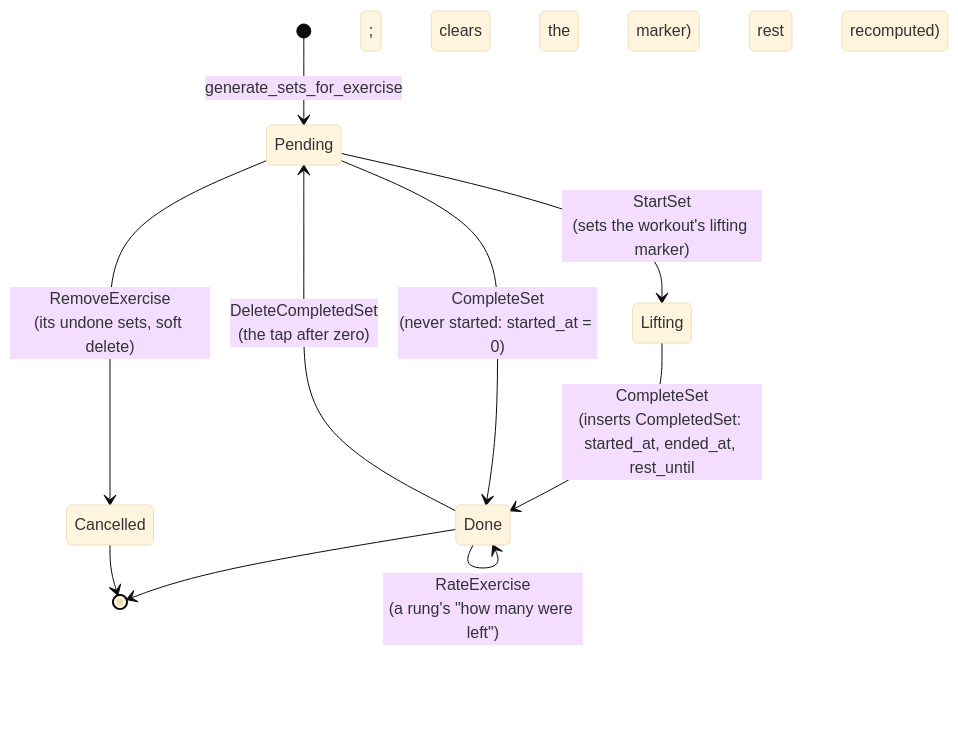
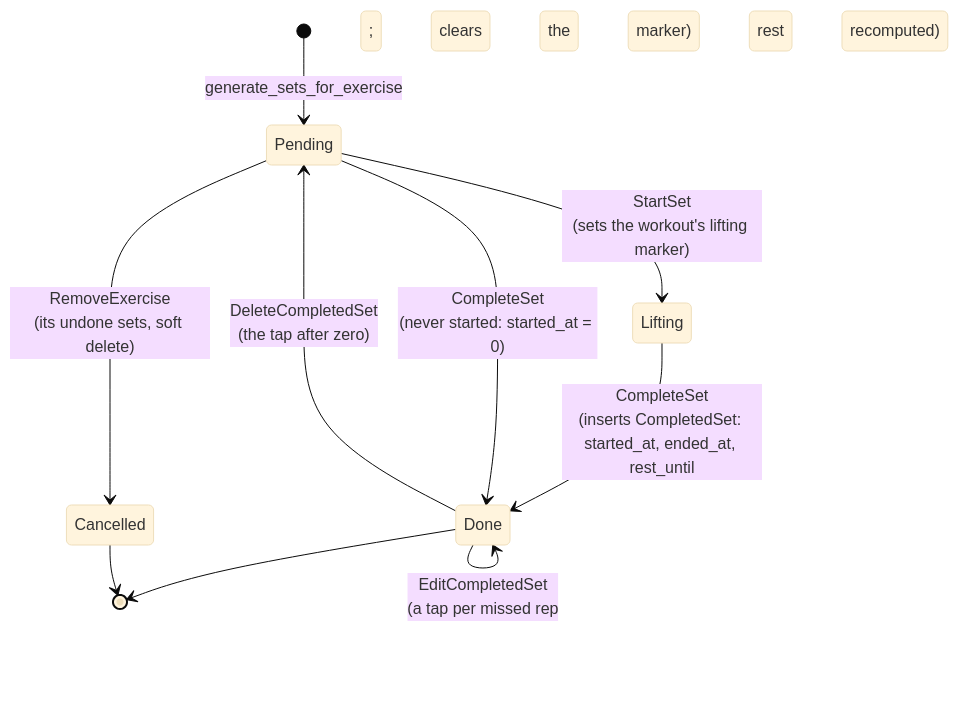
The third of 7 diagrams in docs/architecture/workout-lifecycle.md (brensch/lift), drawn with Mermaid (base theme) before and after one commit. The commit also changed other lines of this file and 53 other files, not shown here.

````diff
--- a/docs/architecture/workout-lifecycle.md
+++ b/docs/architecture/workout-lifecycle.md
@@ -60,13 +60,12 @@
 ```mermaid
 stateDiagram-v2
     [*] --> Pending: generate_sets_for_exercise
     Pending --> Lifting: StartSet<br/>(sets the workout's lifting marker)
     Lifting --> Done: CompleteSet<br/>(inserts CompletedSet: started_at, ended_at, rest_until; clears the marker)
     Pending --> Done: CompleteSet<br/>(never started: started_at = 0)
     Done --> Done: EditCompletedSet<br/>(a tap per missed rep; rest recomputed)
-    Done --> Done: RateExercise<br/>(a rung's "how many were left")
     Pending --> Cancelled: RemoveExercise<br/>(its undone sets, soft delete)
     Done --> Pending: DeleteCompletedSet<br/>(the tap after zero)
     Done --> [*]
     Cancelled --> [*]
 ```
````
